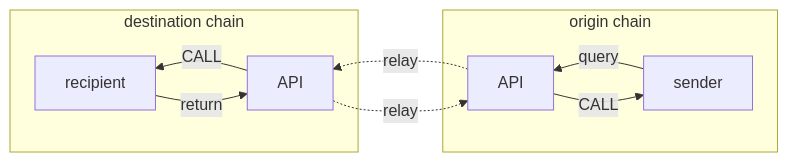
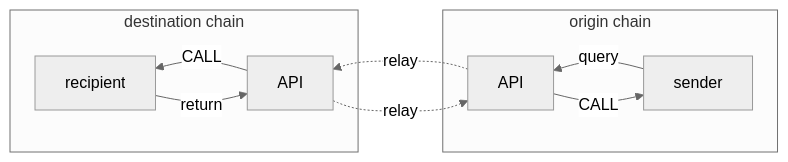
The diagram in developers/query/README.md (hyperlane-xyz/v2-docs), drawn with Mermaid before and after one commit. The commit also changed 2 other files, not shown here.

Commit message:
Add mermaid init styling

````diff
--- a/developers/query/README.md
+++ b/developers/query/README.md
@@ -10,15 +10,16 @@
 ```mermaid
+%%{init: {'theme': 'neutral', 'themeCSS': '.node rect { fill: #025AA1 } .edgeLabel { color: black } .nodeLabel { color: white }'}}%%
 flowchart RL
 	subgraph origin chain
 		sender --"query"--> APIO[API]
     APIO --"CALL"--> sender
 	end
 
 	APIO -."relay".-> APID
 	APID -."relay".-> APIO
 
 	subgraph destination chain
 		APID[API] --"CALL"--> recipient
 		recipient --"return"--> APID
 	end
 ```
````
